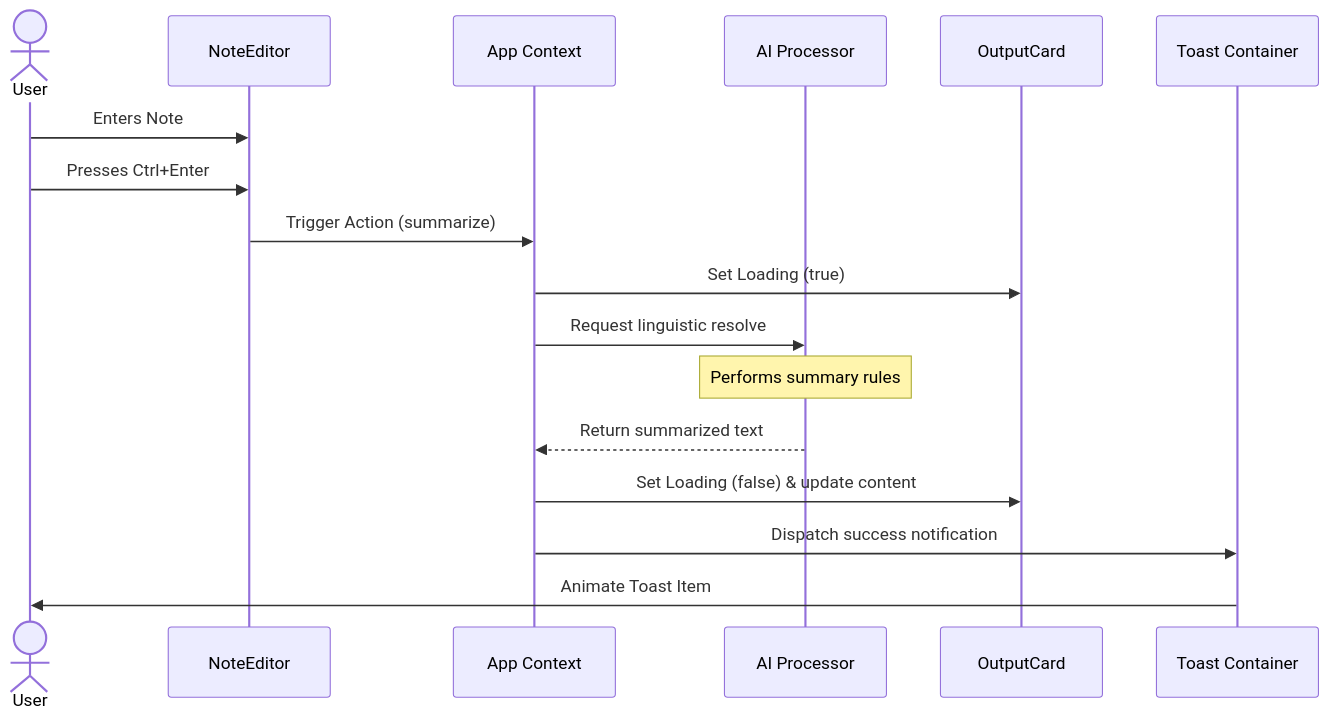
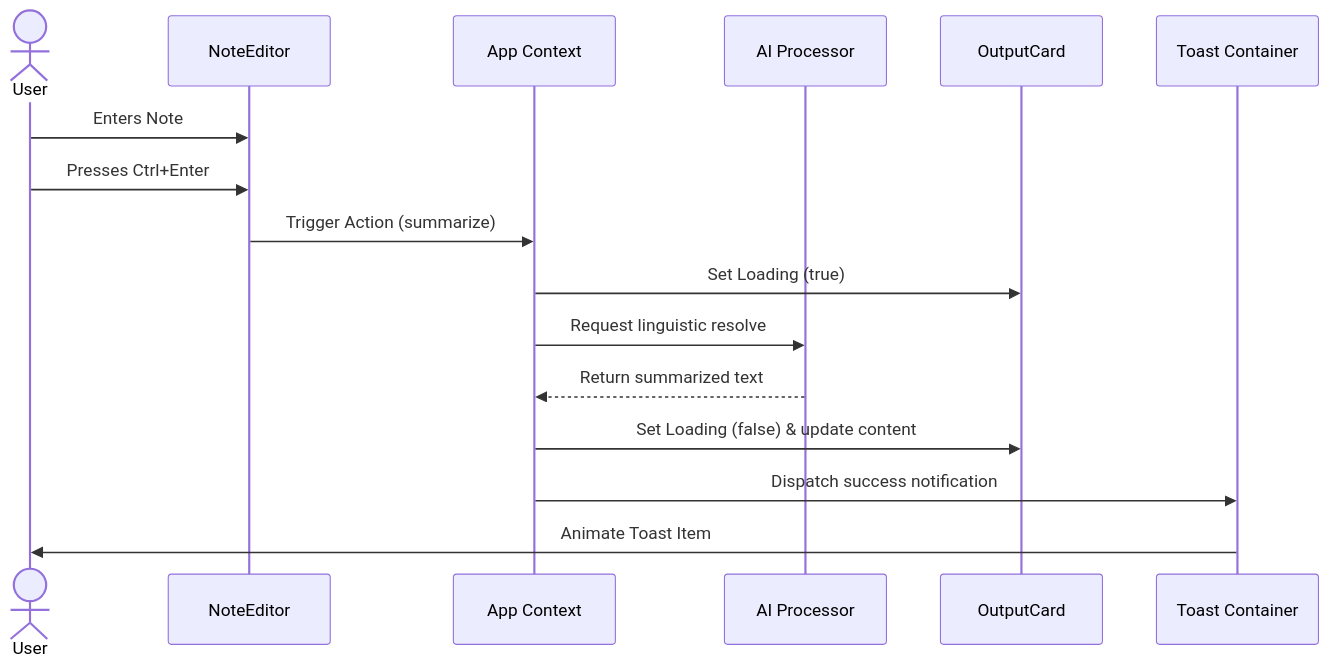
Before and after one commit to tanush326k/Smartnotes: the fifth of 7 diagrams in README.md, drawn with Mermaid. The commit also changed other lines of this file, not shown here.

Commit message:
docs: Fix Mermaid syntax to render perfectly on GitHub

````diff
--- a/README.md
+++ b/README.md
@@ -151,20 +147,19 @@
 ```mermaid
 sequenceDiagram
     actor User
     participant Editor as NoteEditor
     participant App as App Context
     participant AI as AI Processor
     participant Card as OutputCard
     participant Toast as Toast Container
     
     User->>Editor: Enters Note
     User->>Editor: Presses Ctrl+Enter
     Editor->>App: Trigger Action (summarize)
     App->>Card: Set Loading (true)
     App->>AI: Request linguistic resolve
-    Note over AI: Performs summary rules
     AI-->>App: Return summarized text
     App->>Card: Set Loading (false) & update content
     App->>Toast: Dispatch success notification
     Toast->>User: Animate Toast Item
 ```
````
